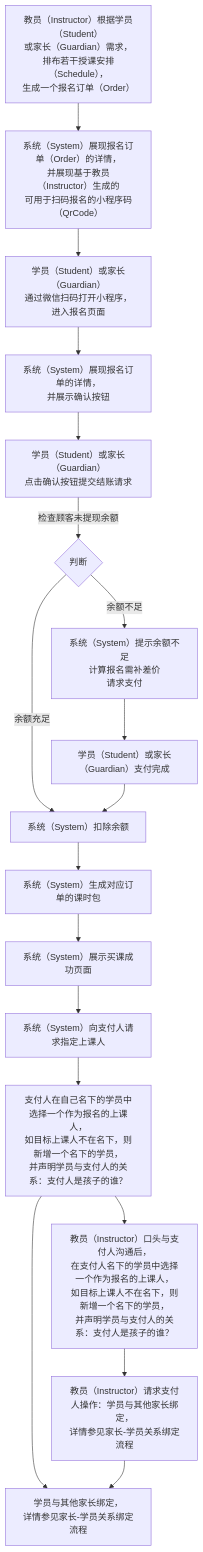
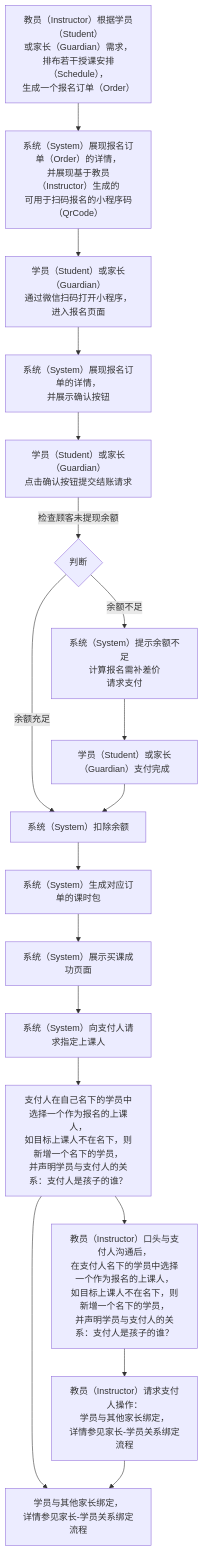
The diagram in 用例/报名.md (world-wide-web/sign), drawn with Mermaid before and after one commit. The commit also changed other lines of this file, not shown here.

Commit message:
用例/报名.md updated from https://stackedit.io/

````diff
--- a/用例/报名.md
+++ b/用例/报名.md
@@ -7,53 +7,53 @@
 ```mermaid
 graph TD
 
 生成报名订单-->生成报名码
 生成报名码-->扫码报名
 扫码报名-->展现报名订单
 展现报名订单-->确认并提交结账请求
 确认并提交结账请求--检查顾客未提现余额-->检查顾客未提现余额
 检查顾客未提现余额--余额充足-->扣除余额
 检查顾客未提现余额--余额不足-->请求支付
 请求支付-->支付完成
 支付完成-->扣除余额
 扣除余额-->生成课时包
 生成课时包-->提示买课成功
 提示买课成功-->请求身份声明
 请求身份声明-->指定上课人
 指定上课人-->教员代理身份声明
 教员代理身份声明-->请求绑定学员与其他家长
 指定上课人-->学员与其他家长绑定
 请求绑定学员与其他家长-->学员与其他家长绑定
 
 生成报名订单["<center>教员（Instructor）根据学员（Student）<br>或家长（Guardian）需求，<br>排布若干授课安排（Schedule），<br>生成一个报名订单（Order）</center>"]
 
 生成报名码["<center>系统（System）展现报名订单（Order）的详情，<br>并展现基于教员（Instructor）生成的<br>可用于扫码报名的小程序码（QrCode）</center>"]
 
 扫码报名["<center>学员（Student）或家长（Guardian）<br>通过微信扫码打开小程序，进入报名页面</center>"]
 
 展现报名订单["<center>系统（System）展现报名订单的详情，<br>并展示确认按钮</center>"]
 
 确认并提交结账请求["<center>学员（Student）或家长（Guardian）<br>点击确认按钮提交结账请求</center>"]
 
 检查顾客未提现余额{判断}
 
 请求支付["<center>系统（System）提示余额不足<br>计算报名需补差价<br>请求支付</center>"]
 
 支付完成["<center>学员（Student）或家长（Guardian）支付完成</center>"]
 
 扣除余额["<center>系统（System）扣除余额</center>"]
 
 生成课时包["<center>系统（System）生成对应订单的课时包</center>"]
 
 提示买课成功["<center>系统（System）展示买课成功页面</center>"]
 
 请求身份声明["<center>系统（System）向支付人请求指定上课人</center>"]
 
 指定上课人["<center>支付人在自己名下的学员中选择一个作为报名的上课人，<br>如目标上课人不在名下，则新增一个名下的学员，<br>并声明学员与支付人的关系：支付人是孩子的谁？</center>"]
 
 教员代理身份声明["<center>教员（Instructor）口头与支付人沟通后，<br>在支付人名下的学员中选择一个作为报名的上课人，<br>如目标上课人不在名下，则新增一个名下的学员，<br>并声明学员与支付人的关系：支付人是孩子的谁？</center>"]
 
-请求绑定学员与其他家长["<center>教员（Instructor）请求支付人操作：学员与其他家长绑定，<br>详情参见家长-学员关系绑定流程</center>"]
+请求绑定学员与其他家长["<center>教员（Instructor）请求支付人操作：<br>学员与其他家长绑定，<br>详情参见家长-学员关系绑定流程</center>"]
 
 学员与其他家长绑定["<center>学员与其他家长绑定，<br>详情参见家长-学员关系绑定流程</center>"]
 ```
````
